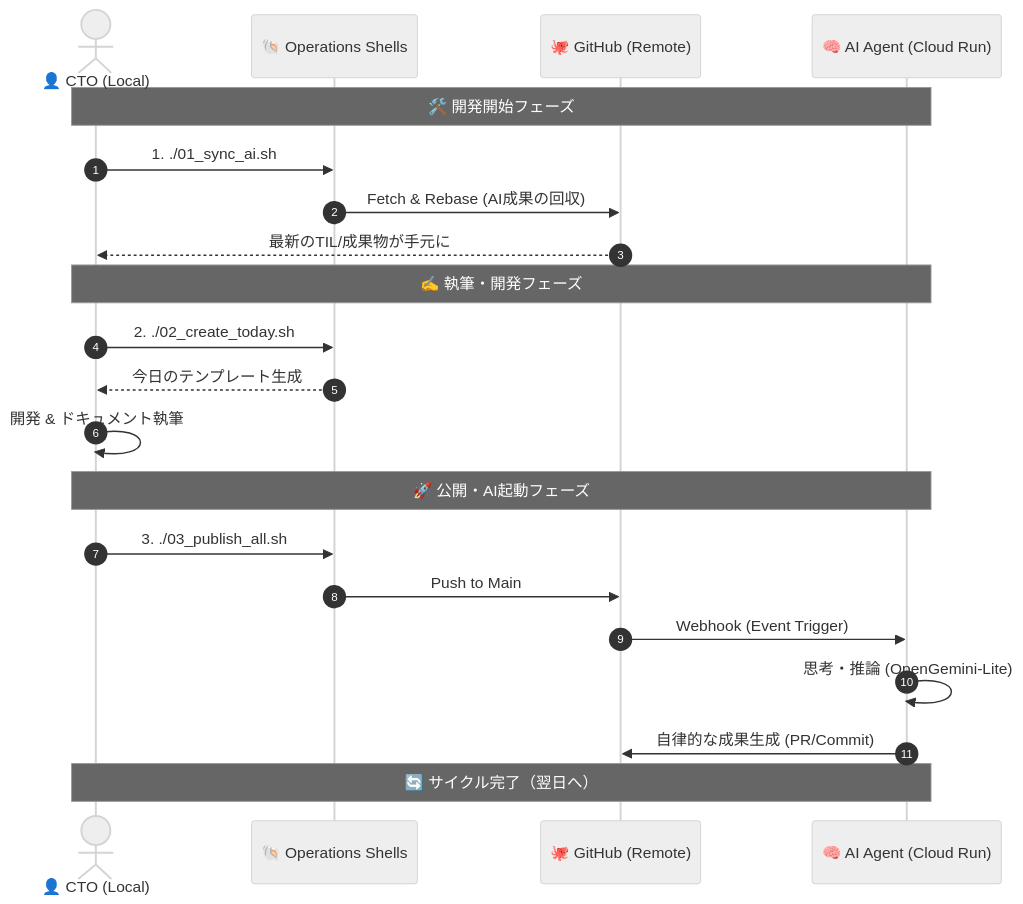
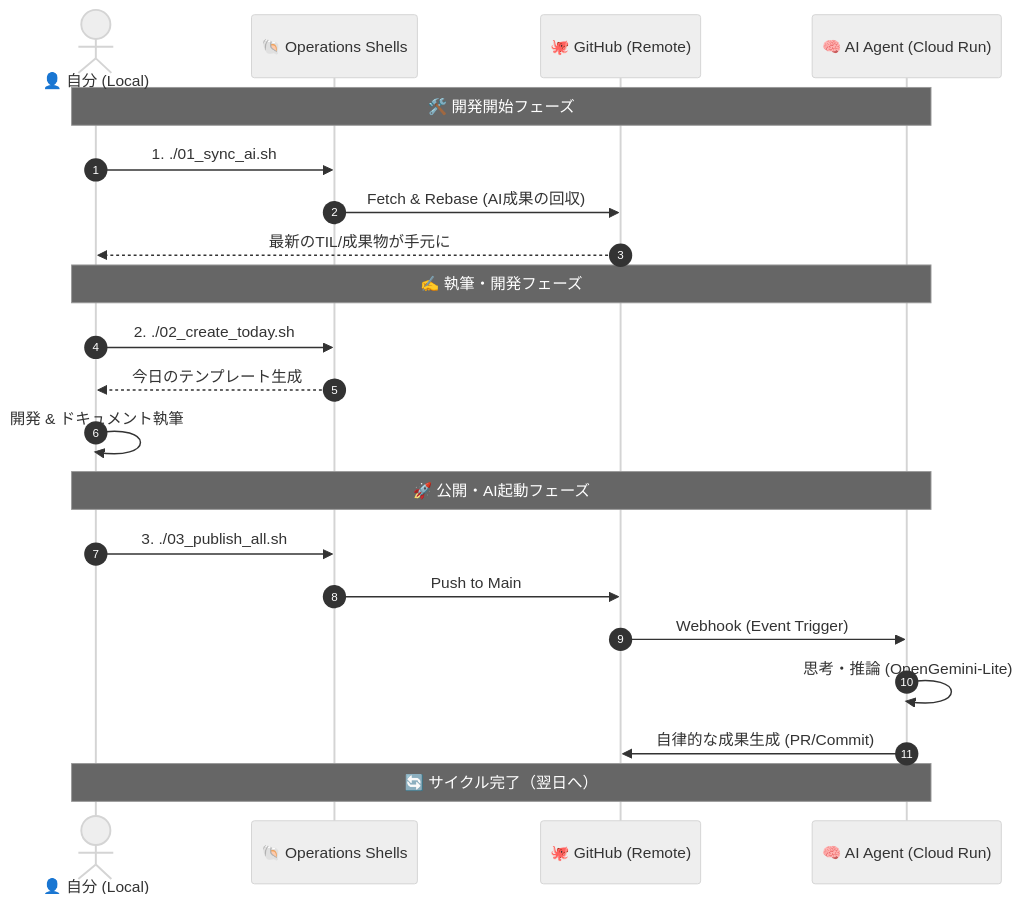
One commit to conti0513/development_public changed the diagram in 01_TIL/README.md. Above: the diagram before and after it, drawn with Mermaid (neutral theme).

Commit message:
docs: adjust actor label from CTO to Myself for a more personal tone

````diff
--- a/01_TIL/README.md
+++ b/01_TIL/README.md
@@ -13,27 +13,27 @@
 ```mermaid
 sequenceDiagram
     autonumber
-    actor Human as 👤 CTO (Local)
+    actor Human as 👤 自分 (Local)
     participant Shell as 🐚 Operations Shells
     participant GitHub as 🐙 GitHub (Remote)
     participant AI as 🧠 AI Agent (Cloud Run)
 
     Note over Human, AI: 🛠️ 開発開始フェーズ
     Human->>Shell: 1. ./01_sync_ai.sh
     Shell->>GitHub: Fetch & Rebase (AI成果の回収)
     GitHub-->>Human: 最新のTIL/成果物が手元に
 
     Note over Human, AI: ✍️ 執筆・開発フェーズ
     Human->>Shell: 2. ./02_create_today.sh
     Shell-->>Human: 今日のテンプレート生成
     Human->>Human: 開発 & ドキュメント執筆
 
     Note over Human, AI: 🚀 公開・AI起動フェーズ
     Human->>Shell: 3. ./03_publish_all.sh
     Shell->>GitHub: Push to Main
     GitHub->>AI: Webhook (Event Trigger)
     AI->>AI: 思考・推論 (OpenGemini-Lite)
     AI->>GitHub: 自律的な成果生成 (PR/Commit)
 
     Note over Human, AI: 🔄 サイクル完了（翌日へ）
 ```
````
